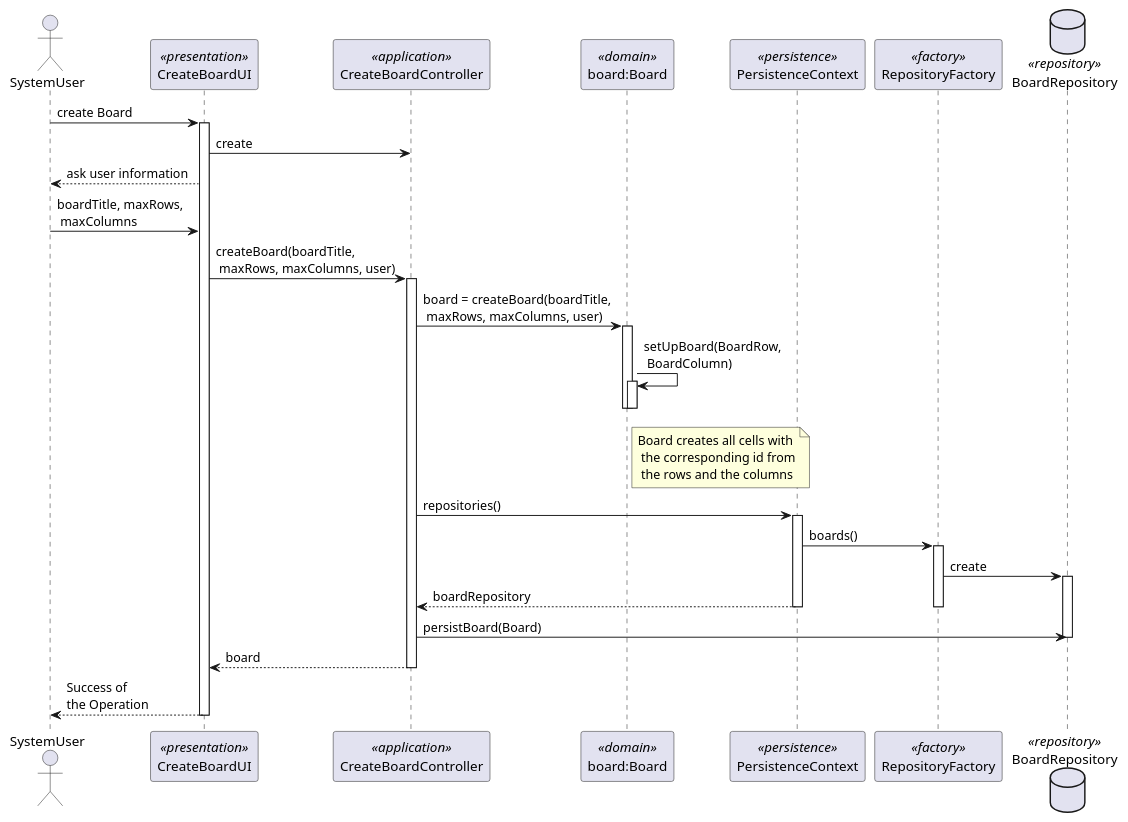
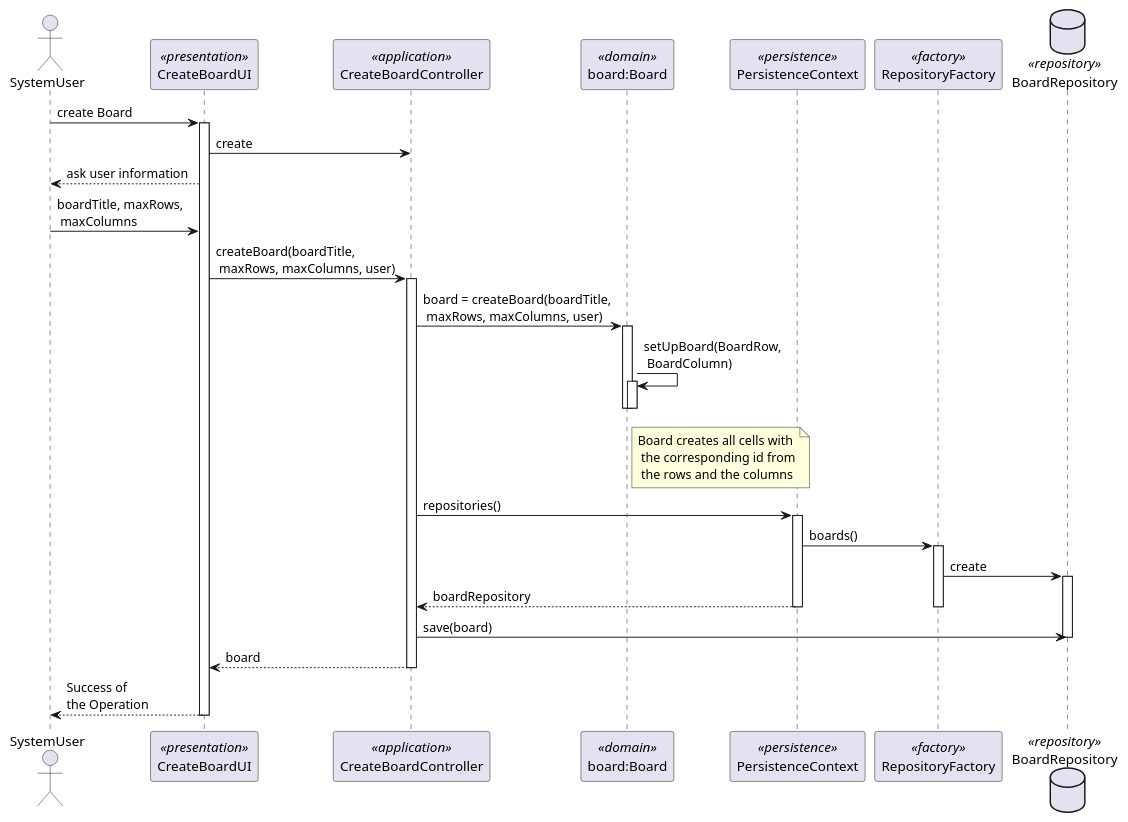
Before and after one commit to jovami/isep-lapr4: the diagram in docs/us_3002/createBoardSD.puml, drawn with PlantUML. The commit also changed 33 other files, not shown here.

```diff
--- a/docs/us_3002/createBoardSD.puml
+++ b/docs/us_3002/createBoardSD.puml
@@ -1,45 +1,45 @@
 @startuml
 
 skinparam packageStyle rect
 skinparam shadowing false
 
 actor SystemUser as Actor
 participant CreateBoardUI as UI <<presentation>> order 1
 participant CreateBoardController as Controller <<application>> order 2
 participant "board:Board" as Board <<domain>> order 3
 participant PersistenceContext as Persistence <<persistence>> order 4
 participant RepositoryFactory as Fact <<factory>> order 5
 database BoardRepository as Repo <<repository>> order 6
 
 Actor -> UI : create Board
 activate UI
     UI -> Controller : create
     Actor <-- UI : ask user information
     Actor -> UI : boardTitle, maxRows,\n maxColumns
     UI -> Controller : createBoard(boardTitle,\n maxRows, maxColumns, user)
     activate Controller
     Controller -> Board : board = createBoard(boardTitle,\n maxRows, maxColumns, user)
             activate Board
             Board -> Board : setUpBoard(BoardRow,\n BoardColumn)
             note right of Board :Board creates all cells with\n the corresponding id from\n the rows and the columns
             activate Board
             deactivate Board
             deactivate Board
                         Controller -> Persistence : repositories()
                         activate Persistence
                         Persistence -> Fact : boards()
                         activate Fact
                             Fact -> Repo : create
                             activate Repo
                             Controller <-- Persistence: boardRepository
                             deactivate Fact
                             deactivate Persistence
-        Controller -> Repo : persistBoard(Board)
+        Controller -> Repo : save(board)
         deactivate Repo
     UI <-- Controller : board
     deactivate Controller
 Actor <-- UI : Success of \nthe Operation
 deactivate UI
 
 
 @enduml
```
